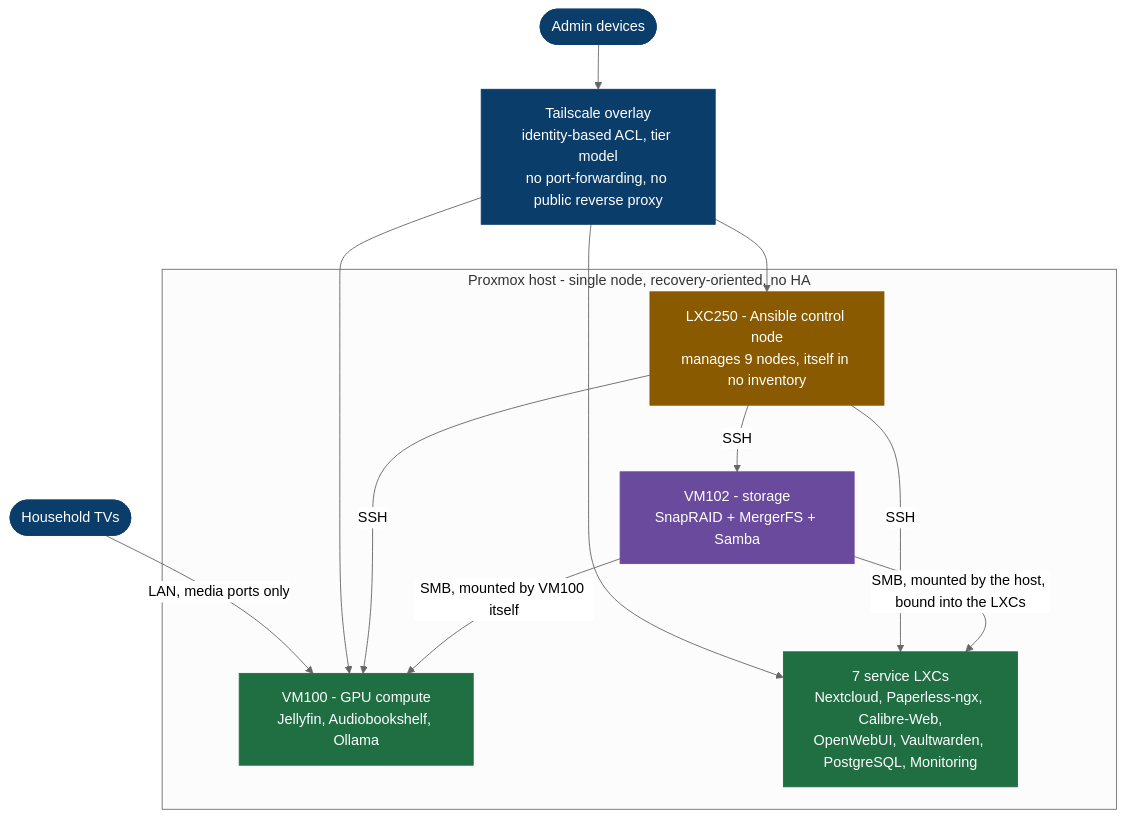
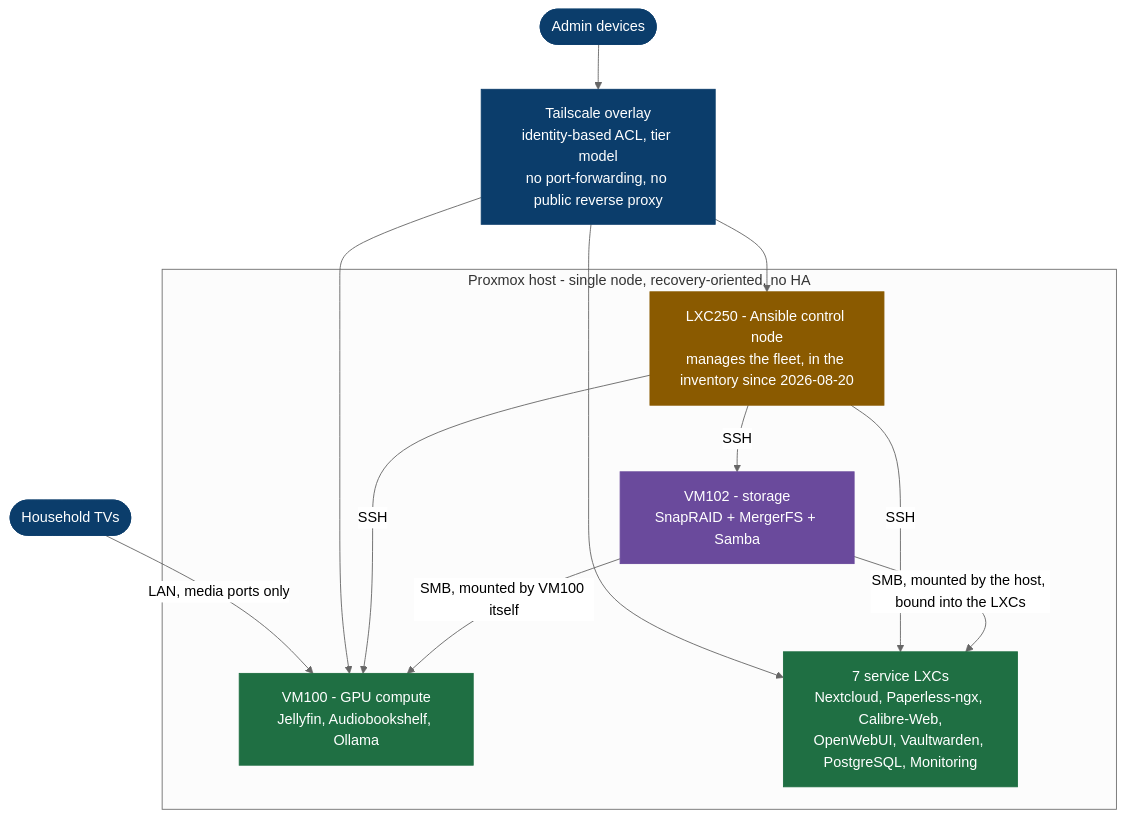
Before and after one commit to sohanreddyk/homelab-server-architecture: the diagram in README.md, drawn with Mermaid (neutral theme). The commit also changed other lines of this file and 15 other files, not shown here.

````diff
--- a/README.md
+++ b/README.md
@@ -18,34 +18,34 @@
 ```mermaid
 flowchart TB
   Admin(["Admin devices"])
   TVs(["Household TVs"])
 
   TS["Tailscale overlay<br/>identity-based ACL, tier model<br/>no port-forwarding, no public reverse proxy"]
 
   subgraph host["Proxmox host - single node, recovery-oriented, no HA"]
     VM100["VM100 - GPU compute<br/>Jellyfin, Audiobookshelf, Ollama"]
     LXC["7 service LXCs<br/>Nextcloud, Paperless-ngx, Calibre-Web,<br/>OpenWebUI, Vaultwarden, PostgreSQL, Monitoring"]
-    CTRL["LXC250 - Ansible control node<br/>manages 9 nodes, itself in no inventory"]
+    CTRL["LXC250 - Ansible control node<br/>manages the fleet, in the inventory since 2026-08-20"]
     VM102["VM102 - storage<br/>SnapRAID + MergerFS + Samba"]
   end
 
   Admin --> TS
   TVs -->|LAN, media ports only| VM100
   TS --> VM100
   TS --> LXC
   TS --> CTRL
   CTRL -->|SSH| VM100
   CTRL -->|SSH| LXC
   CTRL -->|SSH| VM102
   VM102 -->|SMB, mounted by VM100 itself| VM100
   VM102 -->|SMB, mounted by the host, bound into the LXCs| LXC
 
   classDef access fill:#0b3d6b,stroke:#0b3d6b,color:#ffffff
   classDef compute fill:#1f6f43,stroke:#1f6f43,color:#ffffff
   classDef storage fill:#6a4a9c,stroke:#6a4a9c,color:#ffffff
   classDef control fill:#8a5a00,stroke:#8a5a00,color:#ffffff
   class TS,Admin,TVs access
   class VM100,LXC compute
   class VM102 storage
   class CTRL control
 ```
````
